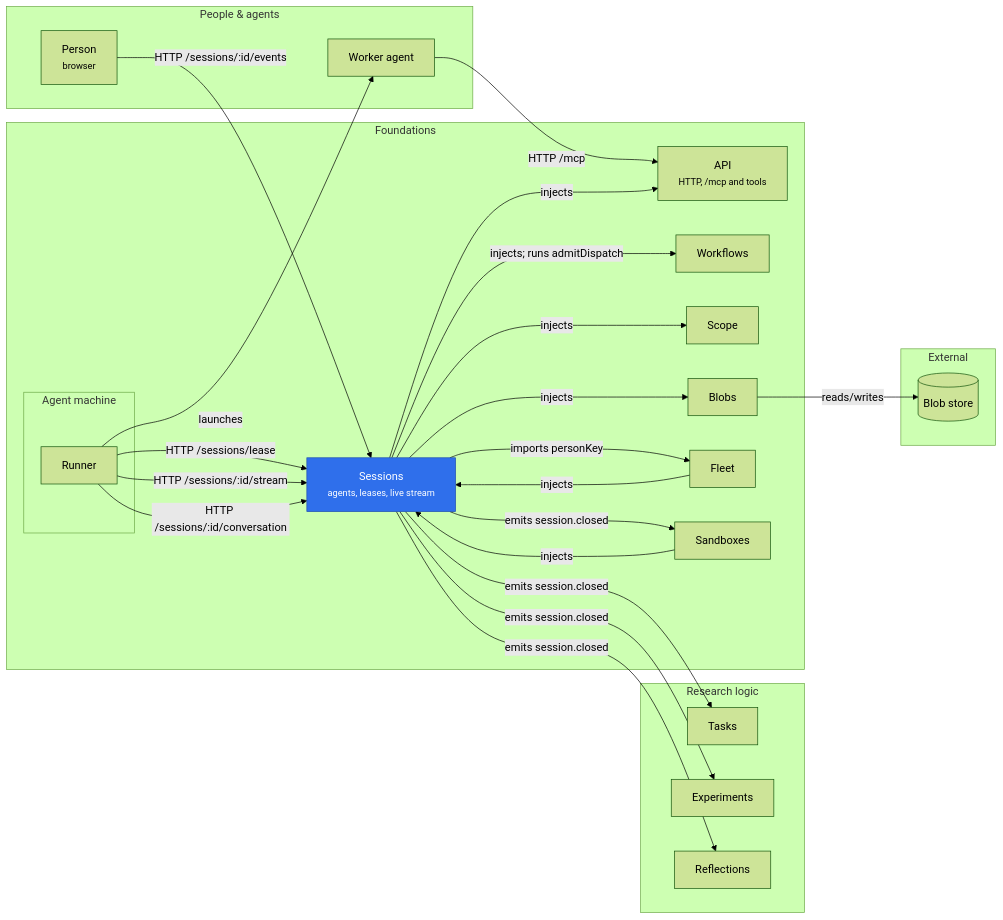
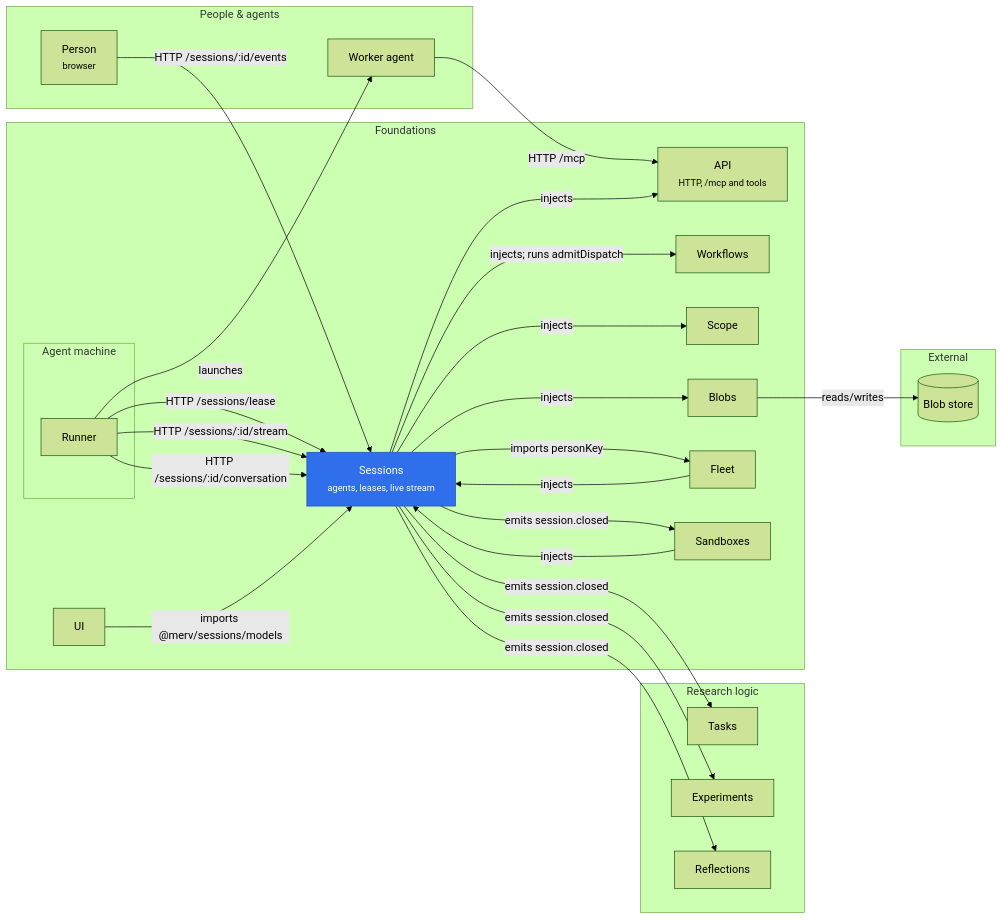
One commit to rapidreview-io/Merv changed the diagram in merv-typescript/packages/sessions/README.md. Above: the diagram before and after it, drawn with Mermaid (forest theme). The commit also changed 42 other files, not shown here.

````diff
--- a/merv-typescript/packages/sessions/README.md
+++ b/merv-typescript/packages/sessions/README.md
@@ -12,47 +12,49 @@
 ```mermaid
 flowchart LR
   subgraph peopleLayer["People & agents"]
     person["Person<br/><small>browser</small>"]
     workerAgent["Worker agent"]
   end
   subgraph researchLayer["Research logic"]
     tasks["Tasks"]
     experiments["Experiments"]
     reflections["Reflections"]
   end
   subgraph foundationsLayer["Foundations"]
     subgraph machine["Agent machine"]
       runner["Runner"]
     end
     api["API<br/><small>HTTP, /mcp and tools</small>"]
     sessions["Sessions<br/><small>agents, leases, live stream</small>"]
     workflows["Workflows"]
     scope["Scope"]
     blobs["Blobs"]
     fleet["Fleet"]
     sandboxes["Sandboxes"]
+    ui["UI"]
   end
   subgraph externalLayer["External"]
     blobStore[("Blob store")]
   end
   runner -- "launches" --> workerAgent
   runner -- "HTTP /sessions/lease" --> sessions
   runner -- "HTTP /sessions/:id/stream" --> sessions
   runner -- "HTTP /sessions/:id/conversation" --> sessions
   workerAgent -- "HTTP /mcp" --> api
   person -- "HTTP /sessions/:id/events" --> sessions
   sessions -- "injects" --> api
   sessions -- "injects; runs admitDispatch" --> workflows
   sessions -- "injects" --> scope
   sessions -- "injects" --> blobs
   blobs -- "reads/writes" --> blobStore
   fleet -- "injects" --> sessions
+  ui -- "imports @merv/sessions/models" --> sessions
   sessions -- "imports personKey" --> fleet
   sandboxes -- "injects" --> sessions
   sessions -- "emits session.closed" --> tasks
   sessions -- "emits session.closed" --> experiments
   sessions -- "emits session.closed" --> reflections
   sessions -- "emits session.closed" --> sandboxes
   classDef self fill:#2f6feb,color:#fff,stroke:#1f4fb0
   class sessions self
 ```
````
